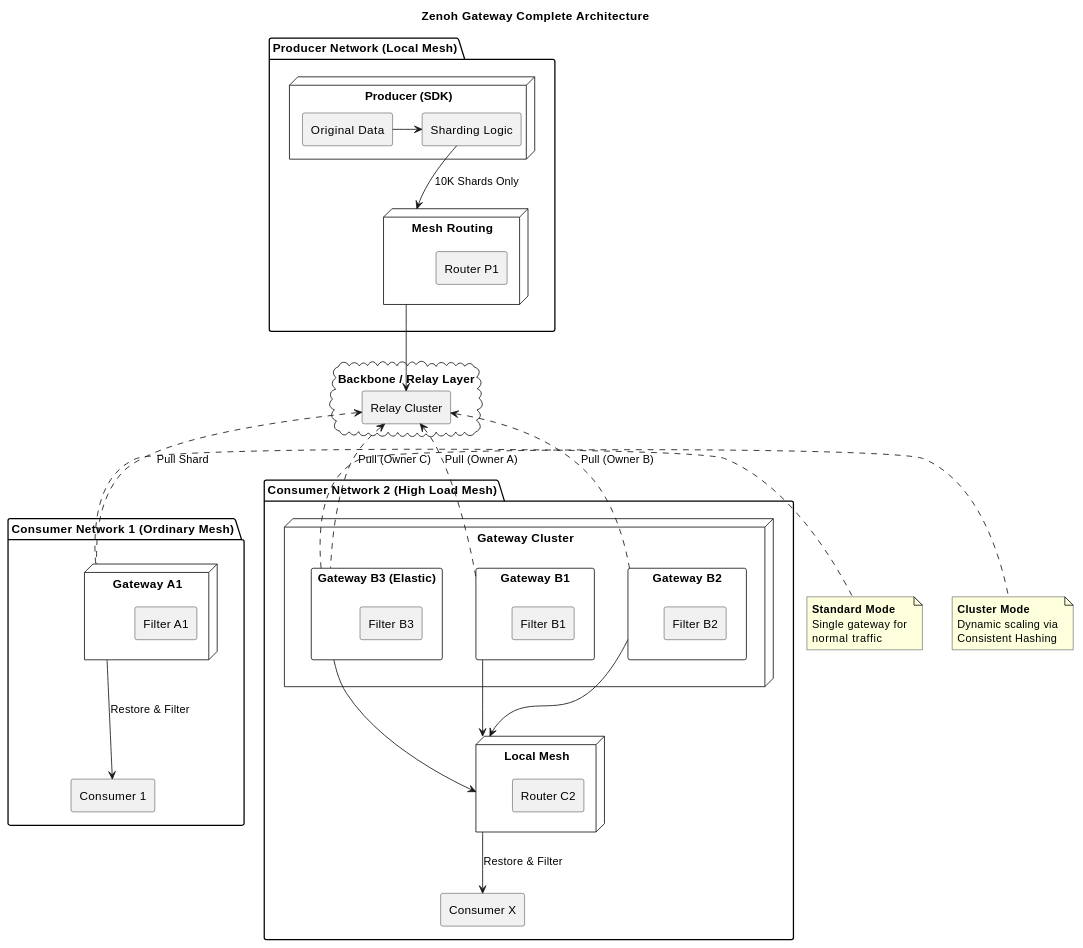
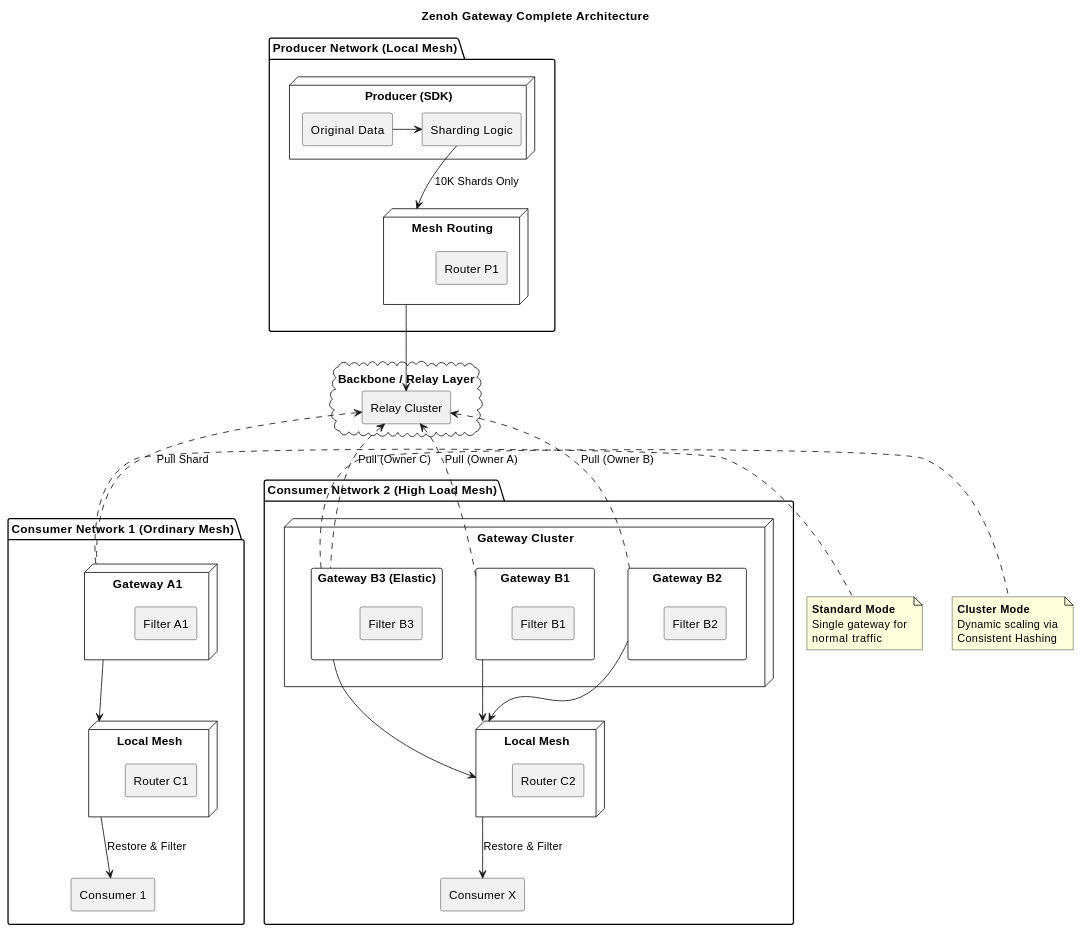
One commit to johnskiller/gateway-relay-poc changed the diagram in analyze_ja.md. Above: the diagram before and after it, drawn with PlantUML. The commit also changed 8 other files, not shown here.

````diff
--- a/analyze_ja.md
+++ b/analyze_ja.md
@@ -29,77 +29,81 @@
 ```plantuml
 @startuml
 title Zenoh Gateway Complete Architecture
 
 skinparam componentStyle rectangle
 
 package "Producer Network (Local Mesh)" {
     node "Producer (SDK)" as PS {
         [Original Data] as OD
         [Sharding Logic] as HL
     }
     node "Mesh Routing" as PM {
         [Router P1]
     }
 }
 
 cloud "Backbone / Relay Layer" {
     component "Relay Cluster" as RC
 }
 
 package "Consumer Network 1 (Ordinary Mesh)" {
     node "Gateway A1" as GA {
         [Filter A1]
+    }
+    node "Local Mesh" as CM1 {
+        [Router C1]
     }
     [Consumer 1] as C1
 }
 
 package "Consumer Network 2 (High Load Mesh)" {
     node "Gateway Cluster" {
         component "Gateway B1" as GB1 {
             [Filter B1]
         }
         component "Gateway B2" as GB2 {
             [Filter B2]
         }
         component "Gateway B3 (Elastic)" as GB3 {
             [Filter B3]
         }
     }
     node "Local Mesh" as CM2 {
         [Router C2]
     }
     [Consumer X] as CX
 }
 
 ' Data & Control Flow
 OD -right-> HL
 HL -down-> PM : 10K Shards Only
 PM -down-> RC
 
 ' Ordinary Path
 GA .up.> RC : Pull Shard
-GA -down-> C1 : Restore & Filter
+GA -down-> CM1
+CM1 -down-> C1 : Restore & Filter
 
 ' High Load Path
 GB1 .up.> RC : Pull (Owner A)
 GB2 .up.> RC : Pull (Owner B)
 GB3 .up.> RC : Pull (Owner C)
 GB1 -down-> CM2
 GB2 -down-> CM2
 GB3 -down-> CM2
 CM2 -down-> CX : Restore & Filter
 
 note right of GA
   **Standard Mode**
   Single gateway for 
   normal traffic
 end note
 
 note right of GB3
   **Cluster Mode**
   Dynamic scaling via 
   Consistent Hashing
 end note
 
 @enduml
 ```
````
